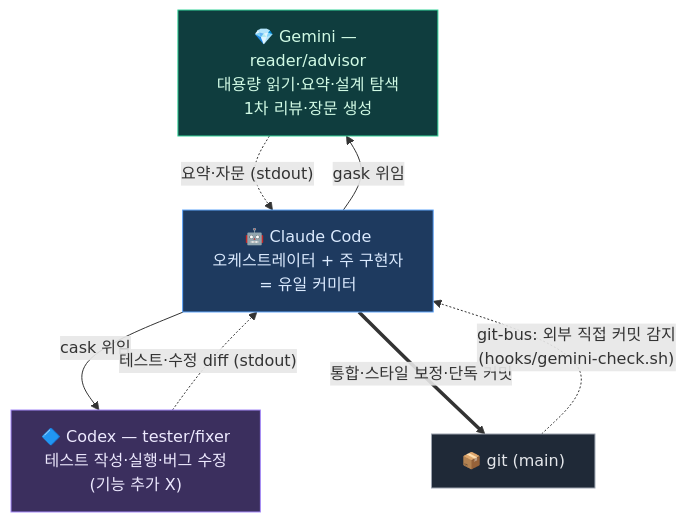
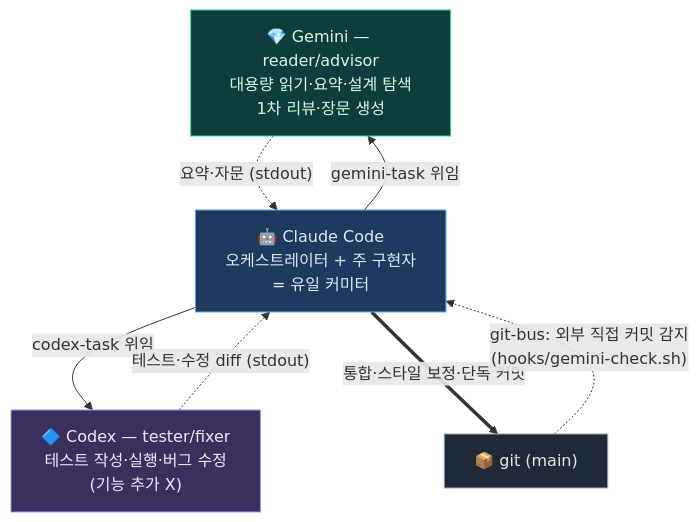
The second of 5 diagrams in docs/ARCHITECTURE.md (jomarusoup/Arachne), drawn with Mermaid before and after one commit. The commit also changed other lines of this file and 6 other files, not shown here.

First line of the commit message:
docs: 위임 래퍼 정식명 표준화 — gemini-task/codex-task, 페일오버·cross-harness 정식화

````diff
--- a/docs/ARCHITECTURE.md
+++ b/docs/ARCHITECTURE.md
@@ -121,23 +121,23 @@
 ```mermaid
 flowchart TB
     GEMINI["💎 Gemini — reader/advisor<br/>대용량 읽기·요약·설계 탐색<br/>1차 리뷰·장문 생성"]
     CLAUDE["🤖 Claude Code<br/>오케스트레이터 + 주 구현자<br/>= 유일 커미터"]
     CODEX["🔷 Codex — tester/fixer<br/>테스트 작성·실행·버그 수정<br/>(기능 추가 X)"]
     GIT["📦 git (main)"]
 
-    CLAUDE -->|"gask 위임"| GEMINI
-    CLAUDE -->|"cask 위임"| CODEX
+    CLAUDE -->|"gemini-task 위임"| GEMINI
+    CLAUDE -->|"codex-task 위임"| CODEX
     GEMINI -.->|"요약·자문 (stdout)"| CLAUDE
     CODEX -.->|"테스트·수정 diff (stdout)"| CLAUDE
     CLAUDE ==>|"통합·스타일 보정·단독 커밋"| GIT
     GIT -.->|"git-bus: 외부 직접 커밋 감지<br/>(hooks/gemini-check.sh)"| CLAUDE
 
     classDef gem fill:#0f3d3e,stroke:#34d399,color:#d1fae5;
     classDef cla fill:#1e3a5f,stroke:#60a5fa,color:#dbeafe;
     classDef cdx fill:#3b2f5e,stroke:#a78bfa,color:#ede9fe;
     classDef git fill:#1f2937,stroke:#9ca3af,color:#e5e7eb;
     class GEMINI gem;
     class CLAUDE cla;
     class CODEX cdx;
     class GIT git;
 ```
````
